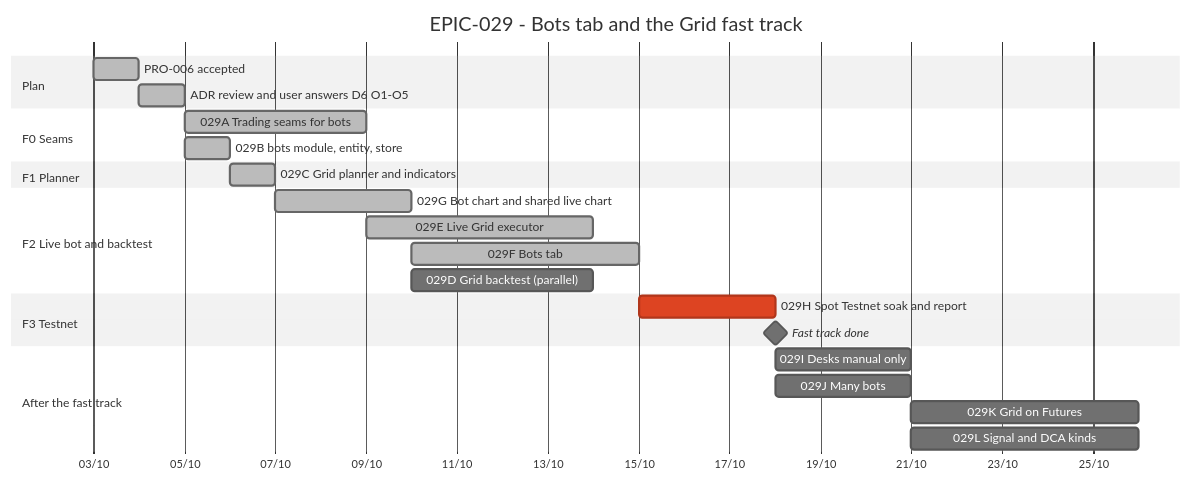
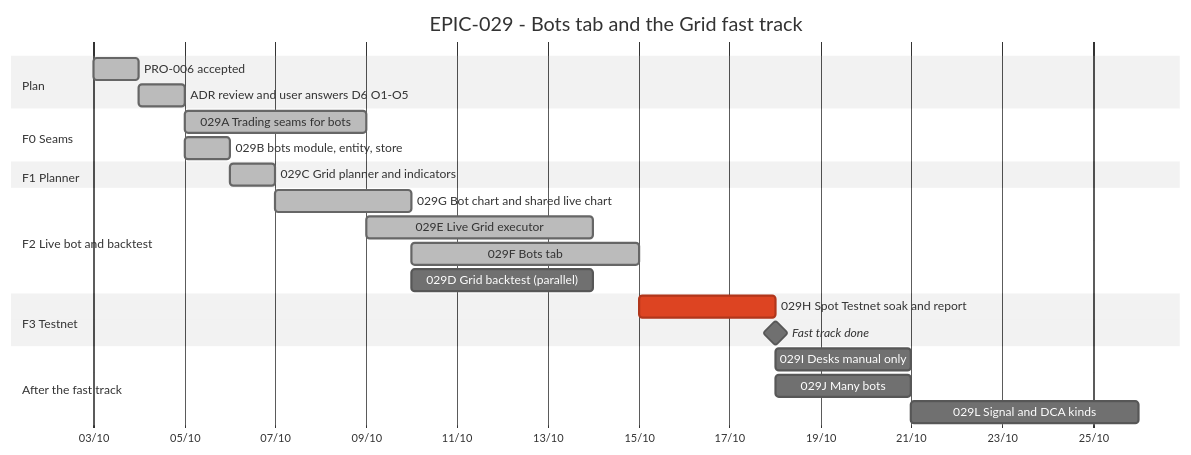
Before and after one commit to anhembedded/Sagittarius_Elite_Warrior: the diagram in Tasks/epics/EPIC-029_bots_tab_grid_fast_track/TRACKING.md, drawn with Mermaid (neutral theme). The commit also changed other lines of this file and 24 other files, not shown here.

````diff
--- a/Tasks/epics/EPIC-029_bots_tab_grid_fast_track/TRACKING.md
+++ b/Tasks/epics/EPIC-029_bots_tab_grid_fast_track/TRACKING.md
@@ -13,34 +13,33 @@
 ```mermaid
 gantt
     title EPIC-029 - Bots tab and the Grid fast track
     dateFormat  YYYY-MM-DD
     axisFormat  %d/%m
     todayMarker stroke-width:2px,stroke:#d33,opacity:0.6
 
     section Plan
     PRO-006 accepted                         :done,    s1, 2026-10-03, 1d
     ADR review and user answers D6 O1-O5     :done,    s2, after s1, 1d
 
     section F0 Seams
     029A Trading seams for bots              :done,    a, after s2, 4d
     029B bots module, entity, store          :done,    b, after s2, 1d
 
     section F1 Planner
     029C Grid planner and indicators         :done,    c, after b, 1d
 
     section F2 Live bot and backtest
     029G Bot chart and shared live chart     :done,    g, after c, 3d
     029E Live Grid executor                  :done,    e, after a c, 5d
     029F Bots tab                            :done,    f, after g, 5d
     029D Grid backtest (parallel)            :         d, after g, 4d
 
     section F3 Testnet
     029H Spot Testnet soak and report        :crit,    h, after e f d, 3d
     Fast track done                          :milestone, m1, after h, 0d
 
     section After the fast track
     029I Desks manual only                   :         i, after m1, 3d
     029J Many bots                           :         j, after m1, 3d
-    029K Grid on Futures                     :         k, after j, 5d
     029L Signal and DCA kinds                :         l, after i j, 5d
 ```
````
